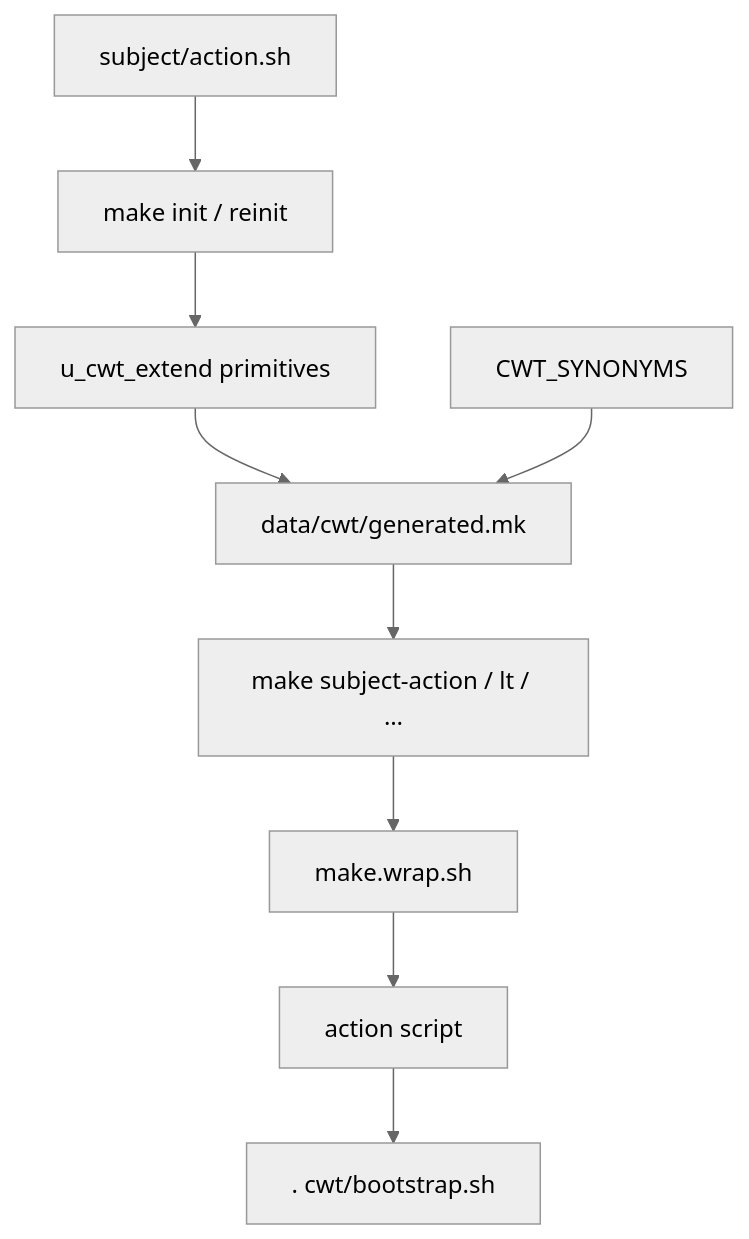
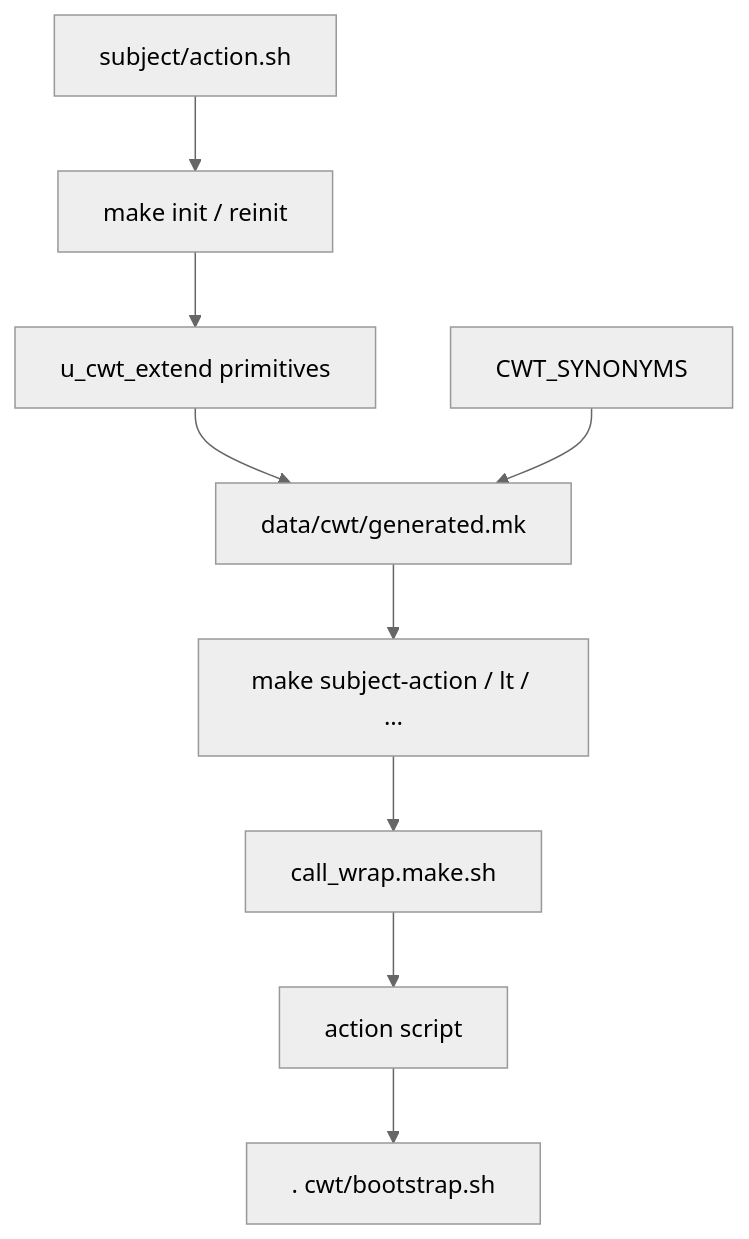
The diagram in docs/cwt/actions-and-make.md (Paulmicha/common-web-tools), drawn with Mermaid (neutral theme) before and after one commit. The commit also changed 6 other files, not shown here.

````diff
--- a/docs/cwt/actions-and-make.md
+++ b/docs/cwt/actions-and-make.md
@@ -5,11 +5,11 @@
 ```mermaid
 flowchart TD
   disk["subject/action.sh"] --> init["make init / reinit"]
   init --> prim["u_cwt_extend primitives"]
   prim --> mk["data/cwt/generated.mk"]
   shorter["CWT_SYNONYMS"] --> mk
   mk --> makeCall["make subject-action / lt / …"]
-  makeCall --> wrap["make.wrap.sh"]
+  makeCall --> wrap["call_wrap.make.sh"]
   wrap --> script["action script"]
   script --> bs[". cwt/bootstrap.sh"]
 ```
````
